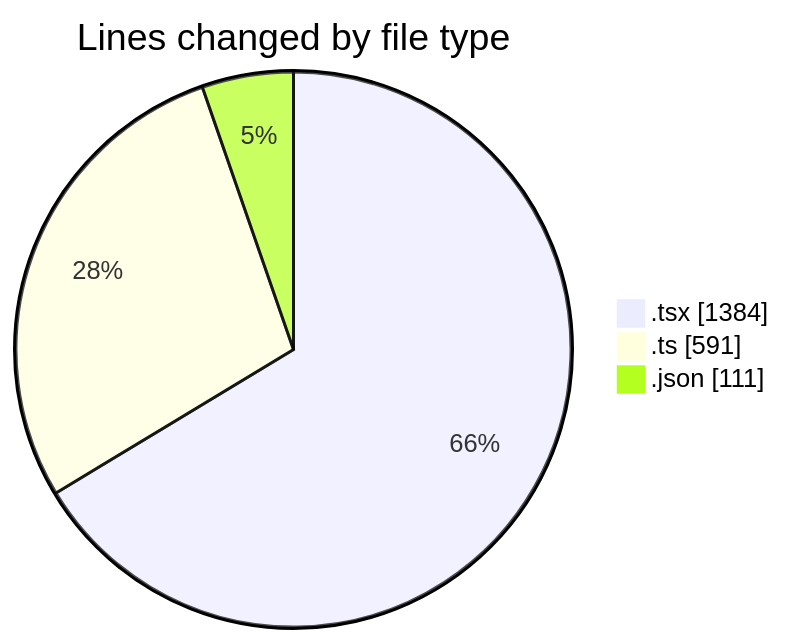
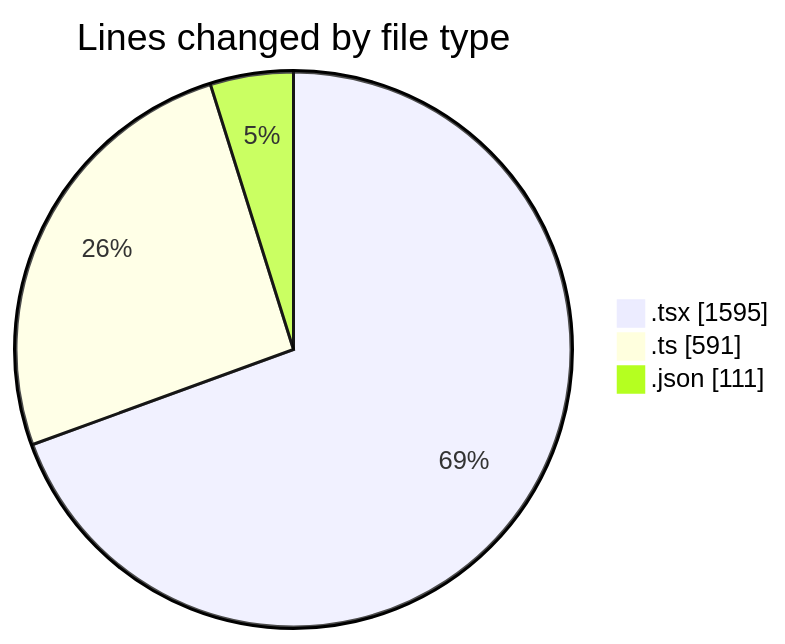
Before and after one commit to julien-gomy/code-tracking: the first of 2 diagrams in 2025-11-08/eventscop-frontend-guide__workspace_/README.md, drawn with Mermaid. The commit also changed other lines of this file and 1 other file, not shown here.

````diff
--- a/2025-11-08/eventscop-frontend-guide__workspace_/README.md
+++ b/2025-11-08/eventscop-frontend-guide__workspace_/README.md
@@ -34,7 +36,7 @@
 ```mermaid
 pie showData
 title Lines changed by file type
-".tsx" : 1384
+".tsx" : 1595
 ".ts" : 591
 ".json" : 111
 ```
````
